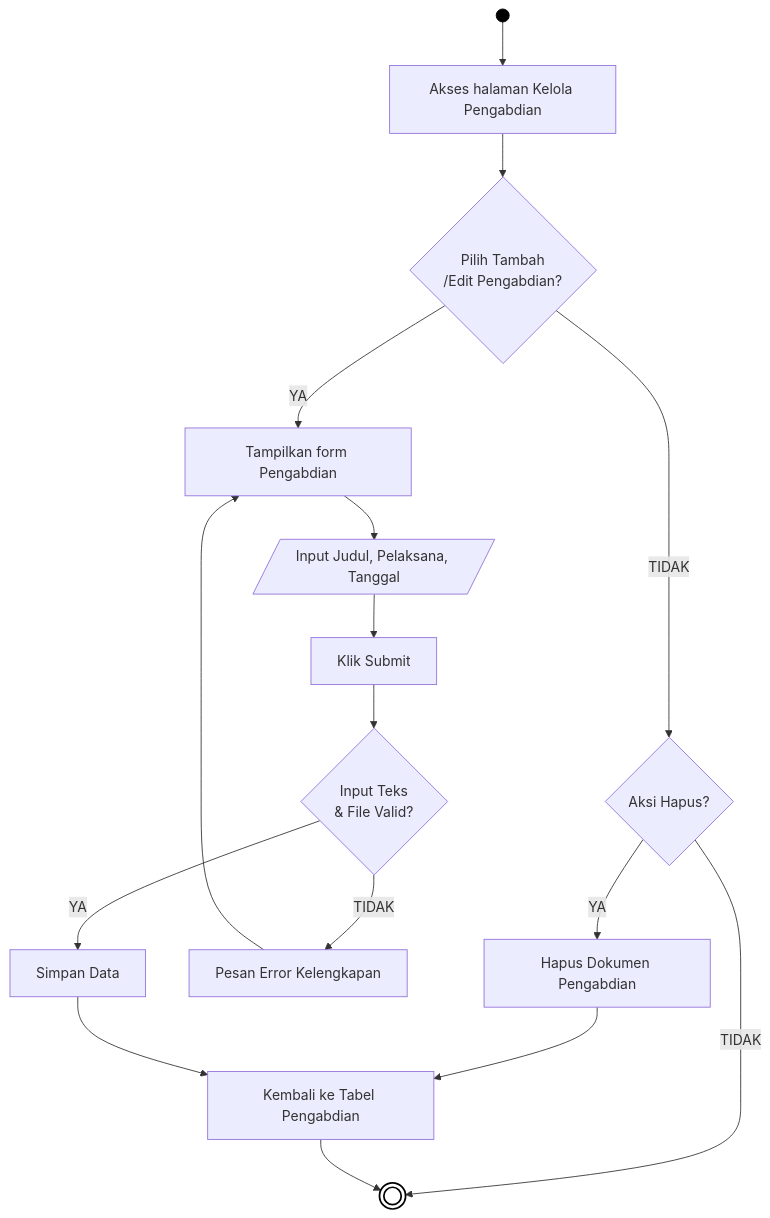
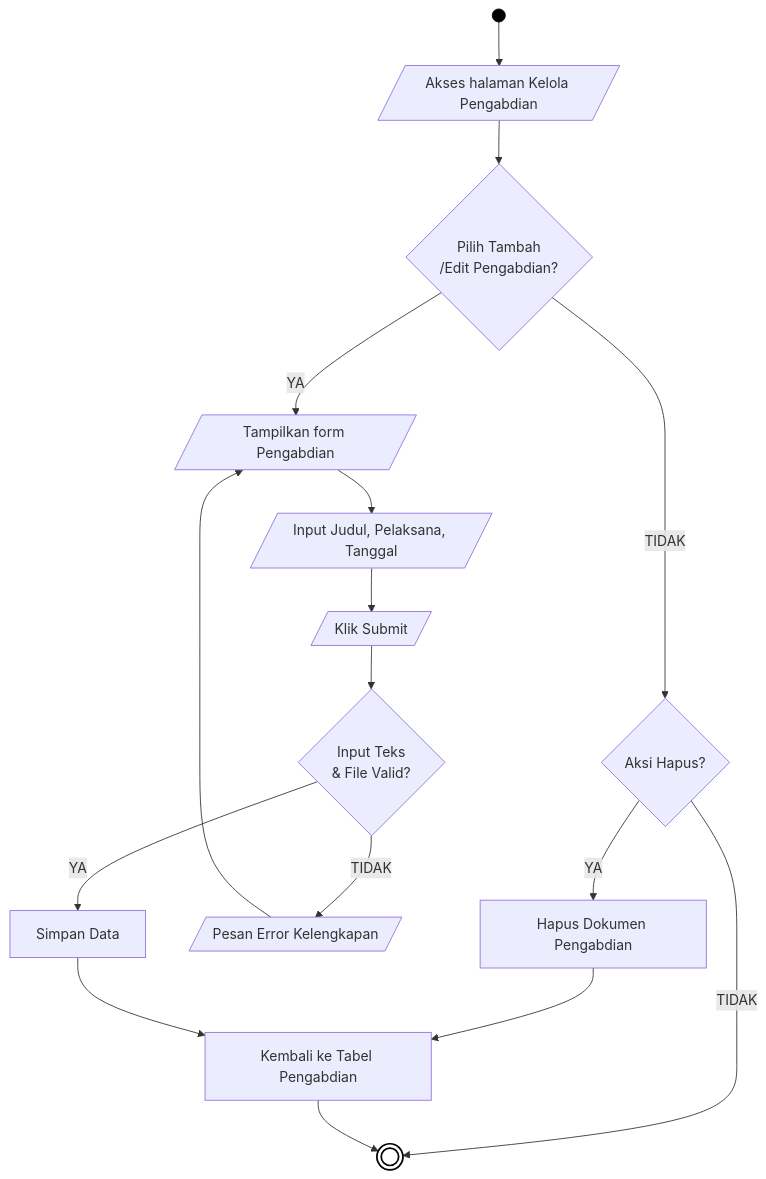
One commit to arbain-dev/Web_fikom changed diagram 14 of 21 in docs/01_DIAGRAM_AKTIVITAS.md. Above: the diagram before and after it, drawn with Mermaid. The commit also changed other lines of this file, not shown here.

````diff
--- a/docs/01_DIAGRAM_AKTIVITAS.md
+++ b/docs/01_DIAGRAM_AKTIVITAS.md
@@ -459,26 +459,26 @@
 ```mermaid
 flowchart TD
-    Start(( )) --> A[Akses halaman Kelola Pengabdian]
+    Start(( )) --> A[/Akses halaman Kelola Pengabdian/]
     
     A --> B{Pilih Tambah\n/Edit Pengabdian?}
     
     B -- TIDAK --> Hapus{Aksi Hapus?}
     Hapus -- YA --> HC[Hapus Dokumen Pengabdian]
     Hapus -- TIDAK --> End((( )))
     HC --> I[Kembali ke Tabel Pengabdian]
     
-    B -- YA --> C[Tampilkan form Pengabdian]
+    B -- YA --> C[/Tampilkan form Pengabdian/]
     C --> D[/Input Judul, Pelaksana, Tanggal/]
-    D --> E[Klik Submit]
+    D --> E[/Klik Submit/]
     
     E --> F{Input Teks\n& File Valid?}
-    F -- TIDAK --> G[Pesan Error Kelengkapan]
+    F -- TIDAK --> G[/Pesan Error Kelengkapan/]
     G --> C
     
     F -- YA --> H[Simpan Data]
     H --> I
     I --> End
     
     style Start fill:#000,stroke:#000,color:#000
     style End fill:#fff,stroke:#000,stroke-width:2px
 ```
````
